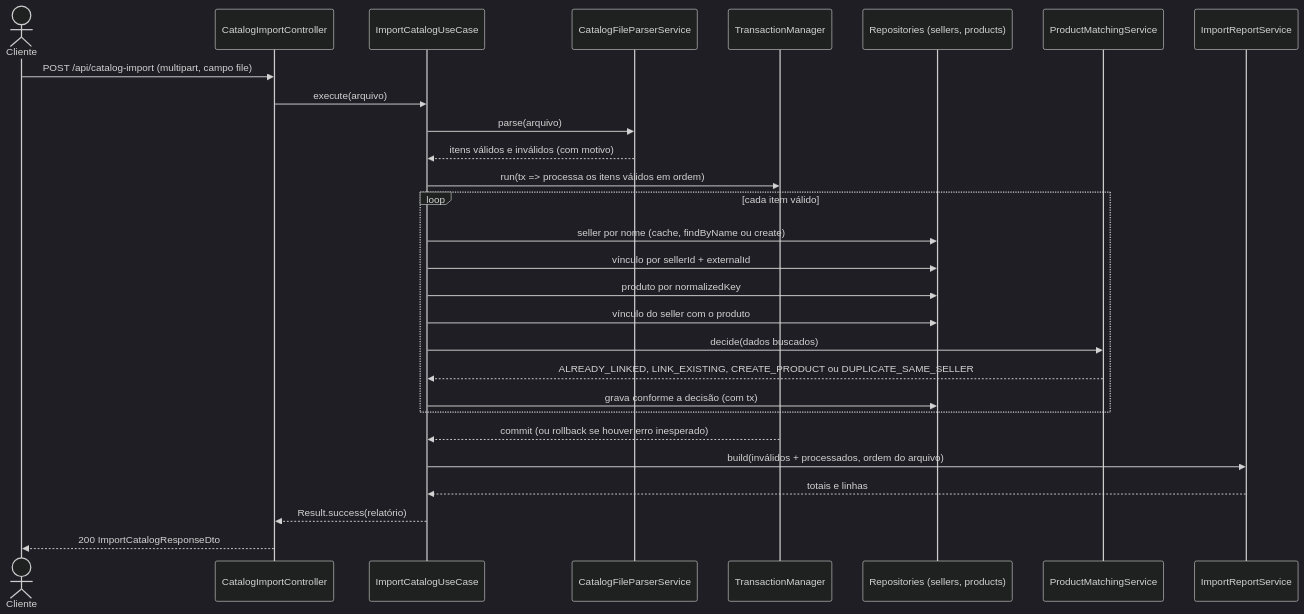
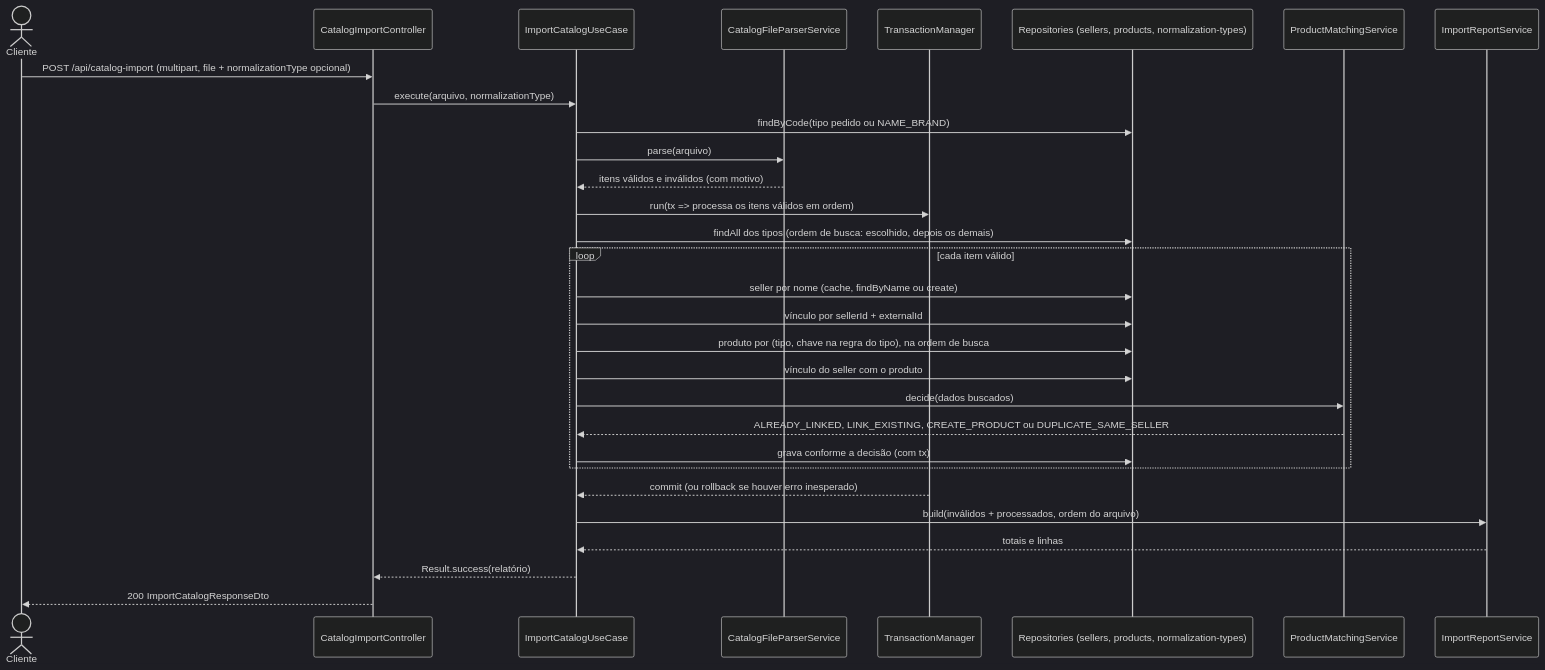
The third of 3 diagrams in docs/architecture.md (JoaoLucas698/vtex-assessment), drawn with Mermaid (dark theme) before and after one commit. The commit also changed other lines of this file and 5 other files, not shown here.

First line of the commit message:
docs(catalog-import): documenta o tipo de normalização na importação (D-112, D-113)

````diff
--- a/docs/architecture.md
+++ b/docs/architecture.md
@@ -57,31 +57,33 @@
 ```mermaid
 sequenceDiagram
     actor Cliente
     participant Ctrl as CatalogImportController
     participant UC as ImportCatalogUseCase
     participant Parser as CatalogFileParserService
     participant TM as TransactionManager
-    participant Rep as Repositories (sellers, products)
+    participant Rep as Repositories (sellers, products, normalization-types)
     participant Match as ProductMatchingService
     participant Rel as ImportReportService
 
-    Cliente->>Ctrl: POST /api/catalog-import (multipart, campo file)
-    Ctrl->>UC: execute(arquivo)
+    Cliente->>Ctrl: POST /api/catalog-import (multipart, file + normalizationType opcional)
+    Ctrl->>UC: execute(arquivo, normalizationType)
+    UC->>Rep: findByCode(tipo pedido ou NAME_BRAND)
     UC->>Parser: parse(arquivo)
     Parser-->>UC: itens válidos e inválidos (com motivo)
     UC->>TM: run(tx => processa os itens válidos em ordem)
+    UC->>Rep: findAll dos tipos (ordem de busca: escolhido, depois os demais)
     loop cada item válido
         UC->>Rep: seller por nome (cache, findByName ou create)
         UC->>Rep: vínculo por sellerId + externalId
-        UC->>Rep: produto por normalizedKey
+        UC->>Rep: produto por (tipo, chave na regra do tipo), na ordem de busca
         UC->>Rep: vínculo do seller com o produto
         UC->>Match: decide(dados buscados)
         Match-->>UC: ALREADY_LINKED, LINK_EXISTING, CREATE_PRODUCT ou DUPLICATE_SAME_SELLER
         UC->>Rep: grava conforme a decisão (com tx)
     end
     TM-->>UC: commit (ou rollback se houver erro inesperado)
     UC->>Rel: build(inválidos + processados, ordem do arquivo)
     Rel-->>UC: totais e linhas
     UC-->>Ctrl: Result.success(relatório)
     Ctrl-->>Cliente: 200 ImportCatalogResponseDto
 ```
````
